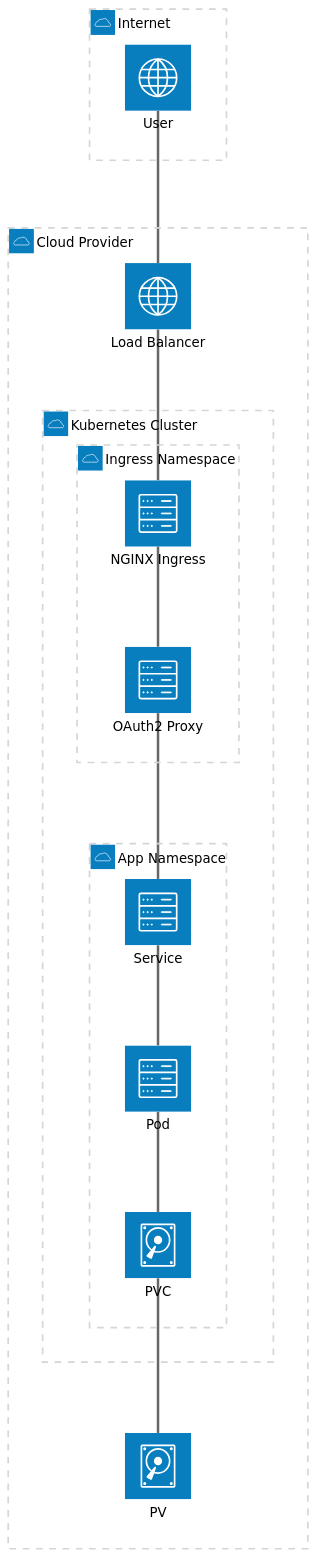
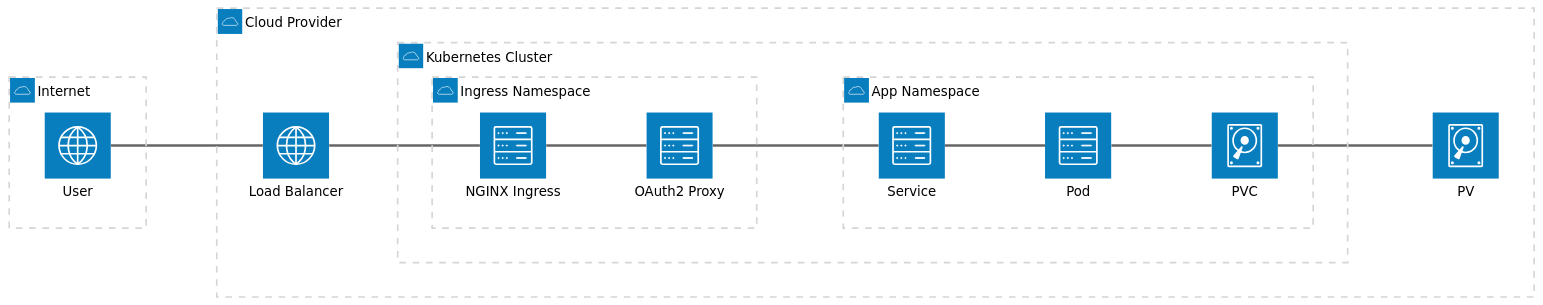
Before and after one commit to drengskapur/ghostwire: the diagram in README.md, drawn with Mermaid (neutral theme).

Commit message:
style(docs): revert architecture diagram to horizontal layout
Left-to-right flow is clearer for showing request path through services.

````diff
--- a/README.md
+++ b/README.md
@@ -84,25 +84,25 @@
 ```mermaid
 architecture-beta
     group internet(cloud)[Internet]
     group cloud(cloud)[Cloud Provider]
     group k8s(cloud)[Kubernetes Cluster] in cloud
     group ns_infra(cloud)[Ingress Namespace] in k8s
     group ns_app(cloud)[App Namespace] in k8s
 
     service user(internet)[User] in internet
     service lb(internet)[Load Balancer] in cloud
     service ingress(server)[NGINX Ingress] in ns_infra
     service oauth(server)[OAuth2 Proxy] in ns_infra
     service svc(server)[Service] in ns_app
     service pod(server)[Pod] in ns_app
     service pv(disk)[PV] in cloud
     service pvc(disk)[PVC] in ns_app
 
-    user:B -- T:lb
-    lb:B -- T:ingress
-    ingress:B -- T:oauth
-    oauth:B -- T:svc
-    svc:B -- T:pod
-    pod:B -- T:pvc
-    pvc:B -- T:pv
+    user:R -- L:lb
+    lb:R -- L:ingress
+    ingress:R -- L:oauth
+    oauth:R -- L:svc
+    svc:R -- L:pod
+    pod:R -- L:pvc
+    pvc:R -- L:pv
 ```
````
